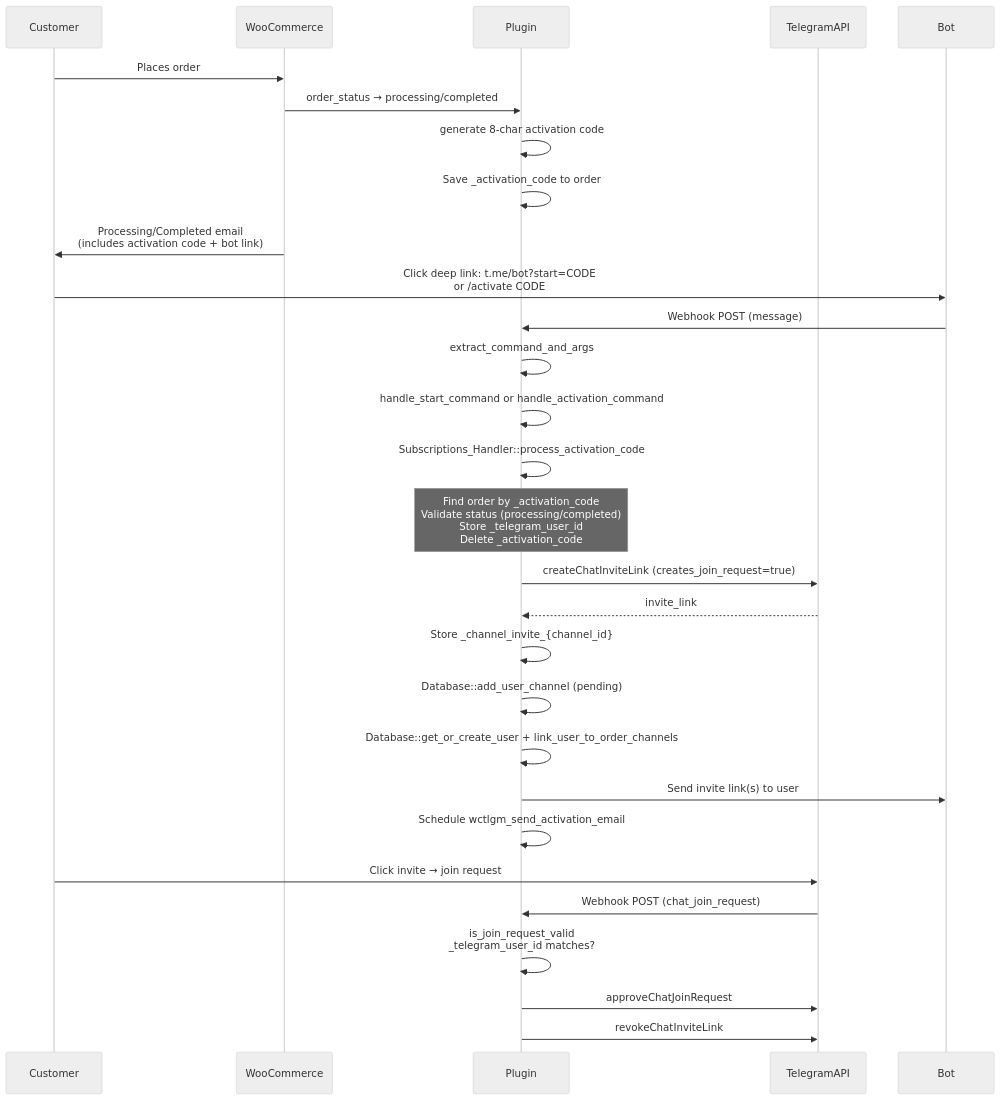
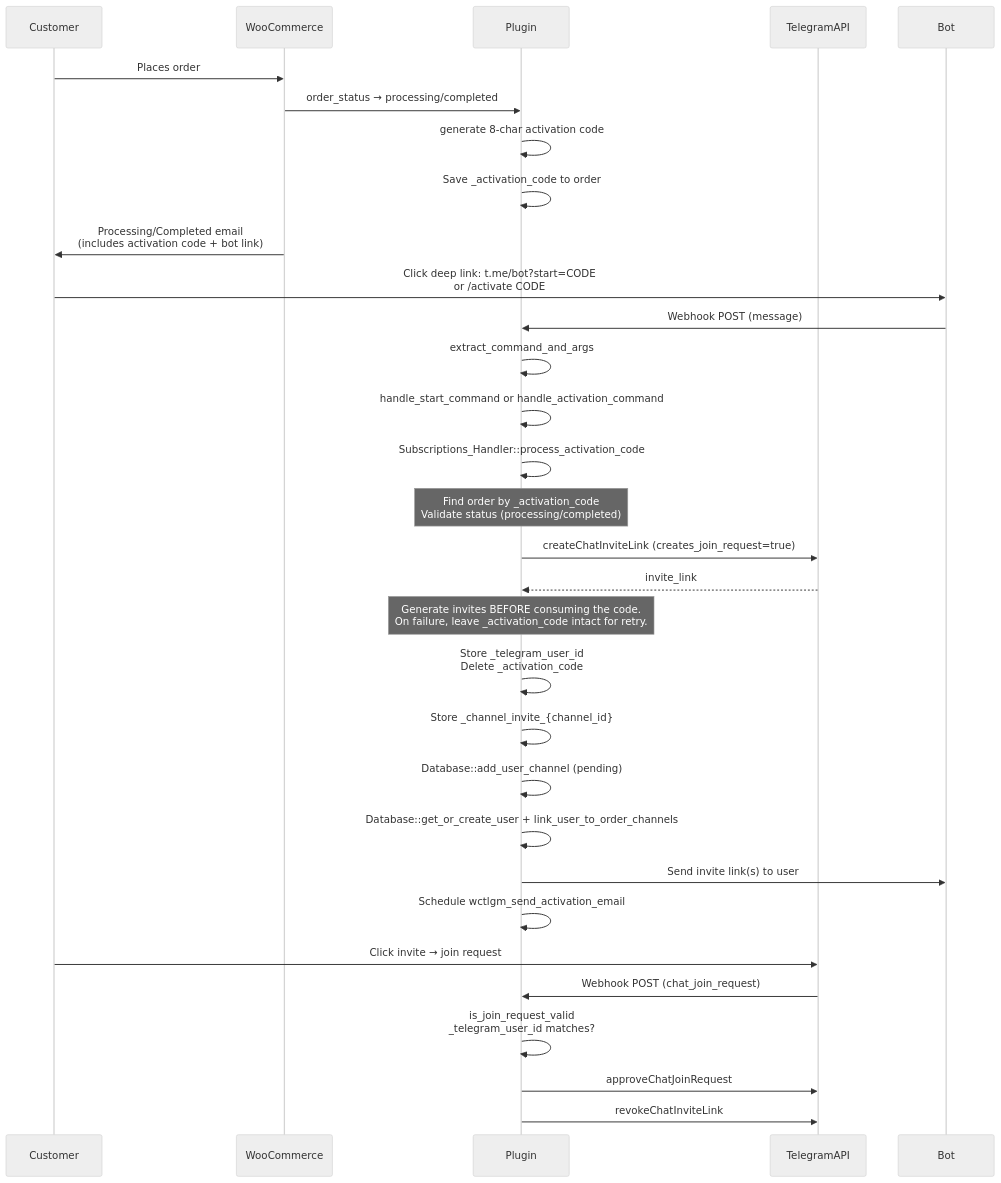
One commit to nickpagz/wctlgm-subscriber-manager-lite changed the third of 6 diagrams in agent-context/DATA-FLOW.md. Above: the diagram before and after it, drawn with Mermaid (neutral theme). The commit also changed 1 other file, not shown here.

Commit message:
Sync agent-context docs with reordered activation flow (M2)
Copilot review: the M2 fix generates invites before consuming the
one-time activation code, but ARCHITECTURE.md and DATA-FLOW.md still
described the old "store user id / delete code, then generate invites"
order. Update both to reflect generating invites first and preserving
the code on failure, so future work doesn't reintroduce the burned-code
bug.

````diff
--- a/agent-context/DATA-FLOW.md
+++ b/agent-context/DATA-FLOW.md
@@ -78,40 +78,42 @@
 ```mermaid
 sequenceDiagram
     participant Customer
     participant WooCommerce
     participant Plugin
     participant TelegramAPI
     participant Bot
 
     Customer->>WooCommerce: Places order
     WooCommerce->>Plugin: order_status → processing/completed
     Plugin->>Plugin: generate 8-char activation code
     Plugin->>Plugin: Save _activation_code to order
 
     WooCommerce->>Customer: Processing/Completed email<br>(includes activation code + bot link)
 
     Customer->>Bot: Click deep link: t.me/bot?start=CODE<br>or /activate CODE
 
     Bot->>Plugin: Webhook POST (message)
     Plugin->>Plugin: extract_command_and_args
     Plugin->>Plugin: handle_start_command or handle_activation_command
 
     Plugin->>Plugin: Subscriptions_Handler::process_activation_code
-    Note over Plugin: Find order by _activation_code<br>Validate status (processing/completed)<br>Store _telegram_user_id<br>Delete _activation_code
+    Note over Plugin: Find order by _activation_code<br>Validate status (processing/completed)
 
     Plugin->>TelegramAPI: createChatInviteLink (creates_join_request=true)
     TelegramAPI-->>Plugin: invite_link
+    Note over Plugin: Generate invites BEFORE consuming the code.<br>On failure, leave _activation_code intact for retry.
+    Plugin->>Plugin: Store _telegram_user_id<br>Delete _activation_code
     Plugin->>Plugin: Store _channel_invite_{channel_id}
     Plugin->>Plugin: Database::add_user_channel (pending)
     Plugin->>Plugin: Database::get_or_create_user + link_user_to_order_channels
 
     Plugin->>Bot: Send invite link(s) to user
     Plugin->>Plugin: Schedule wctlgm_send_activation_email
 
     Customer->>TelegramAPI: Click invite → join request
     TelegramAPI->>Plugin: Webhook POST (chat_join_request)
 
     Plugin->>Plugin: is_join_request_valid<br>_telegram_user_id matches?
     Plugin->>TelegramAPI: approveChatJoinRequest
     Plugin->>TelegramAPI: revokeChatInviteLink
 ```
````
